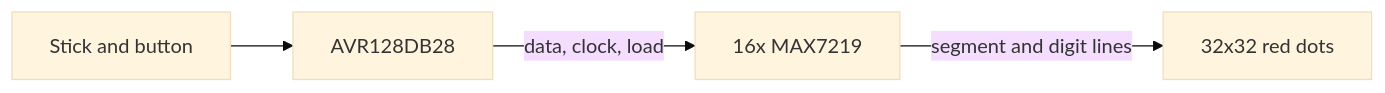
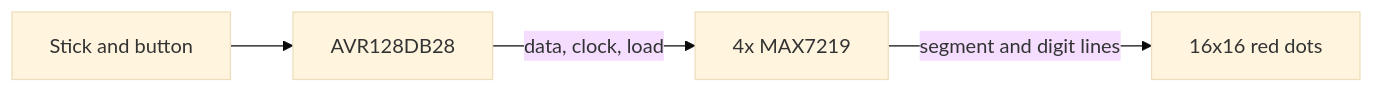
Before and after one commit to gustavostuff/maki-nita: the diagram in docs/hardware.md, drawn with Mermaid (base theme). The commit also changed other lines of this file and 26 other files, not shown here.

````diff
--- a/docs/hardware.md
+++ b/docs/hardware.md
@@ -9,6 +9,6 @@
 ```mermaid
 flowchart LR
   controls[Stick and button] --> avr[AVR128DB28]
-  avr -->|data, clock, load| drivers[16x MAX7219]
-  drivers -->|segment and digit lines| leds[32x32 red dots]
+  avr -->|data, clock, load| drivers[4x MAX7219]
+  drivers -->|segment and digit lines| leds[16x16 red dots]
 ```
````
